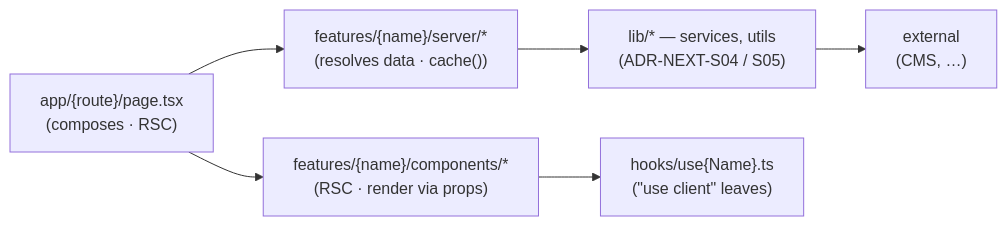
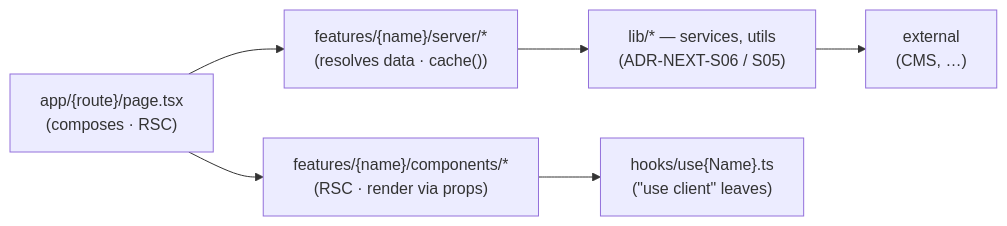
Before and after one commit to saidkit/said-next: the diagram in docs/adr/ADR-NEXT-S03-feature-structure.md, drawn with Mermaid. The commit also changed other lines of this file and 23 other files, not shown here.

````diff
--- a/docs/adr/ADR-NEXT-S03-feature-structure.md
+++ b/docs/adr/ADR-NEXT-S03-feature-structure.md
@@ -89,12 +89,12 @@
 ```mermaid
 flowchart LR
   page["app/{route}/page.tsx<br/>(composes · RSC)"]
   server["features/{name}/server/*<br/>(resolves data · cache())"]
-  lib["lib/* — services, utils<br/>(ADR-NEXT-S04 / S05)"]
+  lib["lib/* — services, utils<br/>(ADR-NEXT-S06 / S05)"]
   ext["external<br/>(CMS, …)"]
   comp["features/{name}/components/*<br/>(RSC · render via props)"]
   hook["hooks/use{Name}.ts<br/>(&quot;use client&quot; leaves)"]
 
   page --> server --> lib --> ext
   page --> comp --> hook
 ```
````
